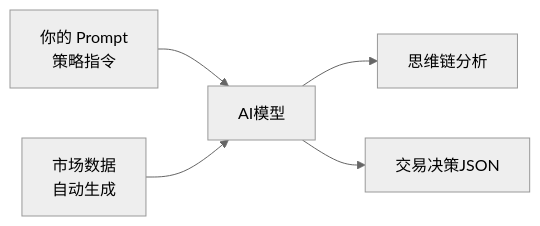
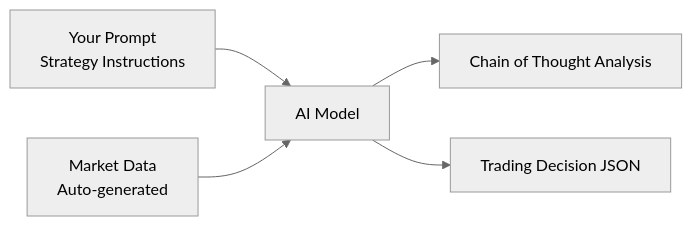
One commit to NoFxAiOS/nofx changed the diagram in docs/prompt-guide.md. Above: the diagram before and after it, drawn with Mermaid (neutral theme). The commit also changed other lines of this file and 2 other files, not shown here.

First line of the commit message:
docs(prompt): add i18n support with complete English translation

````diff
--- a/docs/prompt-guide.md
+++ b/docs/prompt-guide.md
@@ -82,7 +82,7 @@
 ```mermaid
 graph LR
-    A[你的 Prompt<br/>策略指令] --> B[AI模型]
-    C[市场数据<br/>自动生成] --> B
-    B --> D[思维链分析]
-    B --> E[交易决策JSON]
+    A[Your Prompt<br/>Strategy Instructions] --> B[AI Model]
+    C[Market Data<br/>Auto-generated] --> B
+    B --> D[Chain of Thought Analysis]
+    B --> E[Trading Decision JSON]
 ```
````
